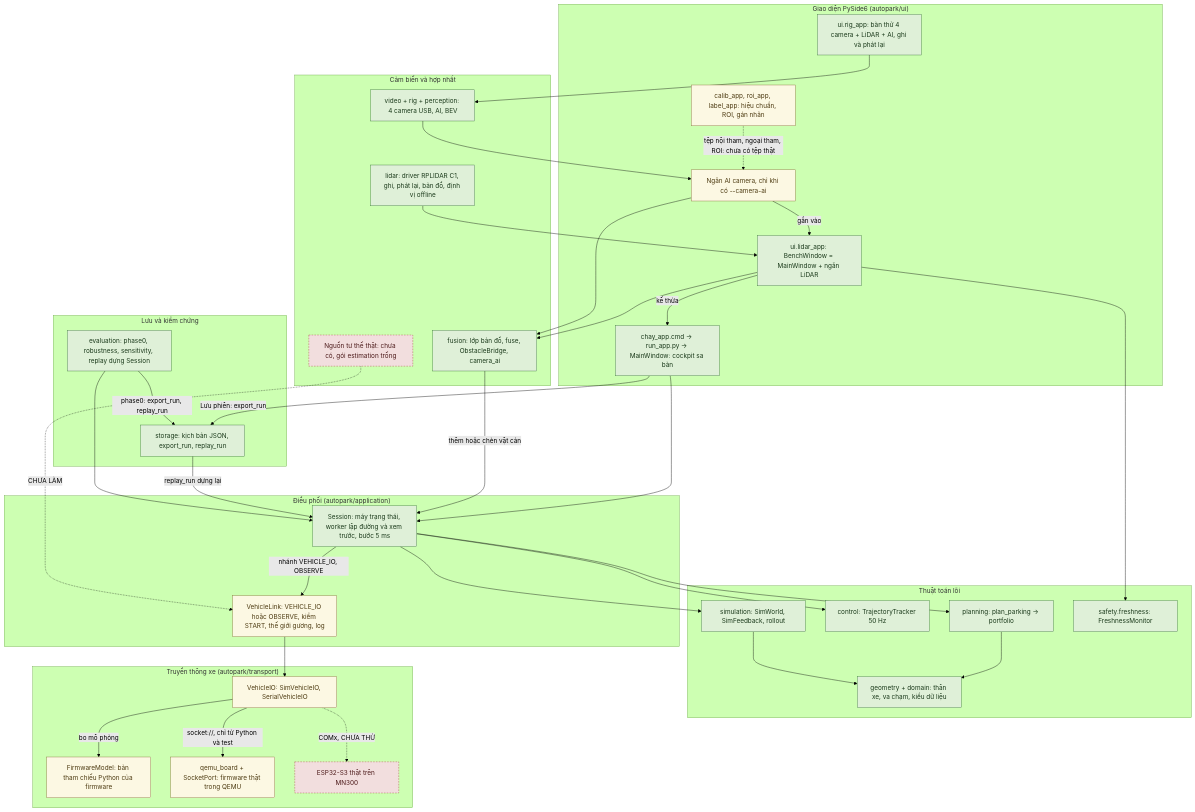
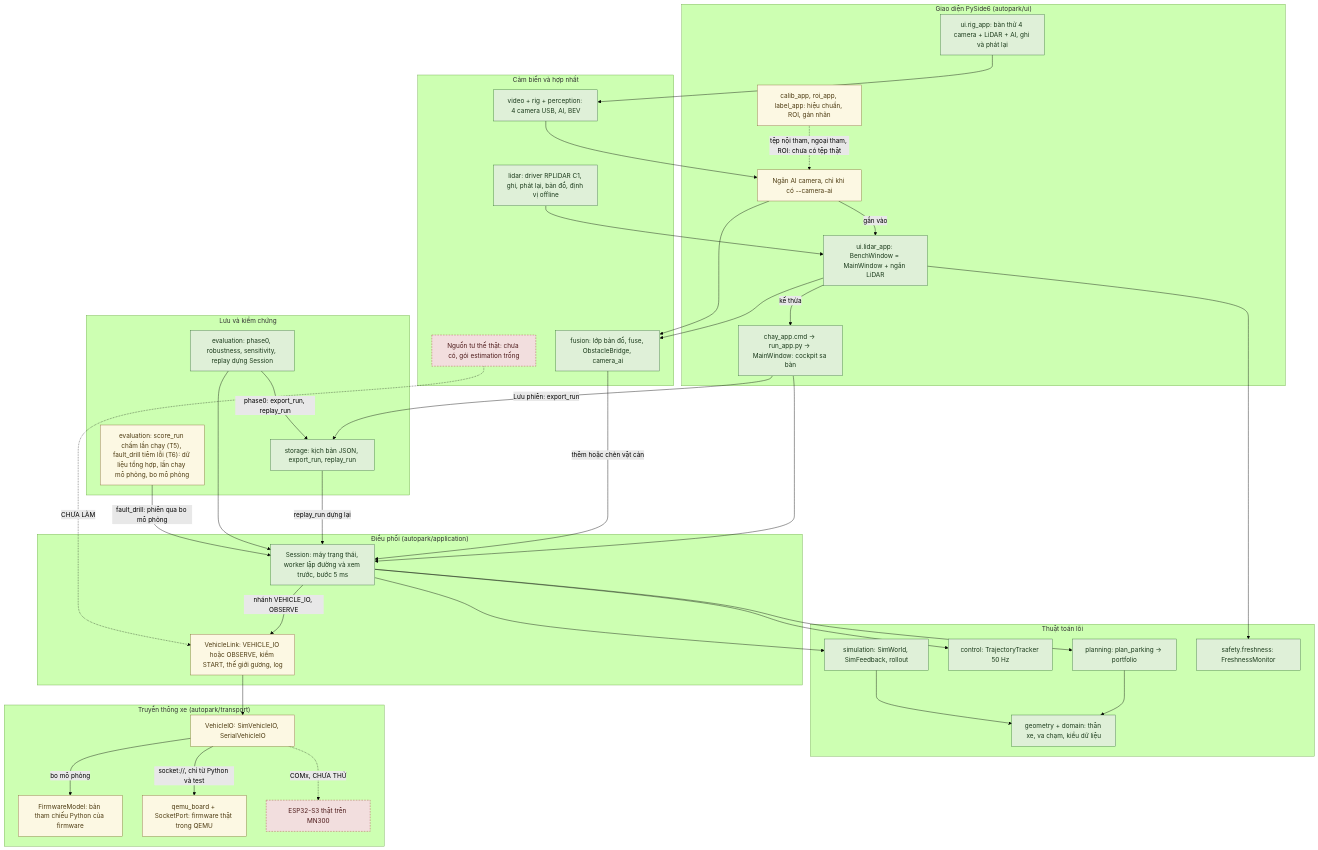
Before and after one commit to thbn12082/autopark: the second of 49 diagrams in autopark/docs/SO_DO_HE_THONG.md, drawn with Mermaid (forest theme). The commit also changed other lines of this file and 82 other files, not shown here.

````diff
--- a/autopark/docs/SO_DO_HE_THONG.md
+++ b/autopark/docs/SO_DO_HE_THONG.md
@@ -131,69 +138,71 @@
 ```mermaid
 flowchart TD
     subgraph UI["Giao diện PySide6 (autopark/ui)"]
         APP["chay_app.cmd → run_app.py → MainWindow: cockpit sa bàn"]
         BENCH["ui.lidar_app: BenchWindow = MainWindow + ngăn LiDAR"]
         CDOCK["Ngăn AI camera, chỉ khi có --camera-ai"]
         RIGAPP["ui.rig_app: bàn thử 4 camera + LiDAR + AI, ghi và phát lại"]
         TOOLS["calib_app, roi_app, label_app: hiệu chuẩn, ROI, gán nhãn"]
     end
     subgraph APPL["Điều phối (autopark/application)"]
         SES["Session: máy trạng thái, worker lập đường và xem trước, bước 5 ms"]
         VL["VehicleLink: VEHICLE_IO hoặc OBSERVE, kiểm START, thế giới gương, log"]
     end
     subgraph CORE["Thuật toán lõi"]
         PLAN["planning: plan_parking → portfolio"]
         CTRL["control: TrajectoryTracker 50 Hz"]
         SIMU["simulation: SimWorld, SimFeedback, rollout"]
         GEO["geometry + domain: thân xe, va chạm, kiểu dữ liệu"]
         SAFE["safety.freshness: FreshnessMonitor"]
     end
     subgraph SENS["Cảm biến và hợp nhất"]
         LID["lidar: driver RPLIDAR C1, ghi, phát lại, bản đồ, định vị offline"]
         CAM["video + rig + perception: 4 camera USB, AI, BEV"]
         FUS["fusion: lớp bản đồ, fuse, ObstacleBridge, camera_ai"]
         EST["Nguồn tư thế thật: chưa có, gói estimation trống"]
     end
     subgraph TRANS["Truyền thông xe (autopark/transport)"]
         VIO["VehicleIO: SimVehicleIO, SerialVehicleIO"]
         FWM["FirmwareModel: bản tham chiếu Python của firmware"]
         QEMU["qemu_board + SocketPort: firmware thật trong QEMU"]
         ESP["ESP32-S3 thật trên MN300"]
     end
     subgraph DATA["Lưu và kiểm chứng"]
         STORE["storage: kịch bản JSON, export_run, replay_run"]
         EVAL["evaluation: phase0, robustness, sensitivity, replay dựng Session"]
+        ACC["evaluation: score_run chấm lần chạy (T5), fault_drill tiêm lỗi (T6): dữ liệu tổng hợp, lần chạy mô phỏng, bo mô phỏng"]
     end
     APP --> SES
     BENCH -->|kế thừa| APP
     CDOCK -->|gắn vào| BENCH
     LID --> BENCH
     BENCH --> SAFE
     BENCH --> FUS
     CAM --> CDOCK
     CDOCK --> FUS
     RIGAPP --> CAM
     TOOLS -.->|tệp nội tham, ngoại tham, ROI: chưa có tệp thật| CDOCK
     FUS -->|thêm hoặc chèn vật cản| SES
     SES --> PLAN
     SES --> CTRL
     SES --> SIMU
     PLAN --> GEO
     SIMU --> GEO
     SES -->|nhánh VEHICLE_IO, OBSERVE| VL
     VL --> VIO
     VIO -->|bo mô phỏng| FWM
     VIO -->|socket://, chỉ từ Python và test| QEMU
     VIO -.->|COMx, CHƯA THỬ| ESP
     EST -.->|CHƯA LÀM| VL
     APP -->|Lưu phiên: export_run| STORE
     STORE -->|replay_run dựng lại| SES
     EVAL -->|phase0: export_run, replay_run| STORE
     EVAL --> SES
+    ACC -->|fault_drill: phiên qua bo mô phỏng| SES
     classDef daco fill:#dff0d8,stroke:#3c763d,color:#1b3a1b
     classDef giaLap fill:#fcf8e3,stroke:#8a6d3b,color:#4d3b12
     classDef chuaLam fill:#f2dede,stroke:#a94442,color:#4d1a1a,stroke-dasharray: 4 3
     class APP,BENCH,RIGAPP,SES,PLAN,CTRL,SIMU,GEO,SAFE,LID,CAM,FUS,STORE,EVAL daco
-    class CDOCK,TOOLS,VL,VIO,FWM,QEMU giaLap
+    class CDOCK,TOOLS,VL,VIO,FWM,QEMU,ACC giaLap
     class EST,ESP chuaLam
 ```
````
